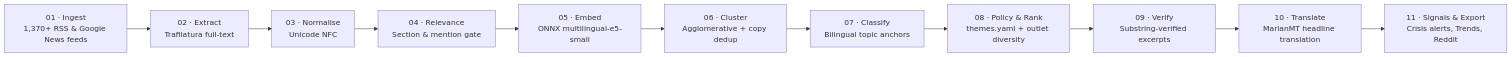
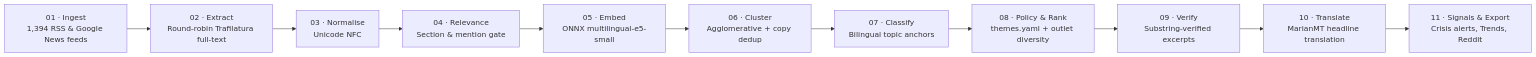
One commit to gergkar-gif/argos-monitor changed the diagram in README.md. Above: the diagram before and after it, drawn with Mermaid. The commit also changed other lines of this file and 2 other files, not shown here.

Commit message:
docs(about): sync source counts, MarianMT language coverage, and delta methodology

````diff
--- a/README.md
+++ b/README.md
@@ -39,13 +39,13 @@
 ```mermaid
 flowchart LR
-    A["01 · Ingest<br/>1,370+ RSS & Google News feeds"] --> B["02 · Extract<br/>Trafilatura full-text"]
+    A["01 · Ingest<br/>1,394 RSS & Google News feeds"] --> B["02 · Extract<br/>Round-robin Trafilatura full-text"]
     B --> C["03 · Normalise<br/>Unicode NFC"]
     C --> D["04 · Relevance<br/>Section & mention gate"]
     D --> E["05 · Embed<br/>ONNX multilingual-e5-small"]
     E --> F["06 · Cluster<br/>Agglomerative + copy dedup"]
     F --> G["07 · Classify<br/>Bilingual topic anchors"]
     G --> H["08 · Policy & Rank<br/>themes.yaml + outlet diversity"]
     H --> I["09 · Verify<br/>Substring-verified excerpts"]
     I --> J["10 · Translate<br/>MarianMT headline translation"]
     J --> K["11 · Signals & Export<br/>Crisis alerts, Trends, Reddit"]
 ```
````
